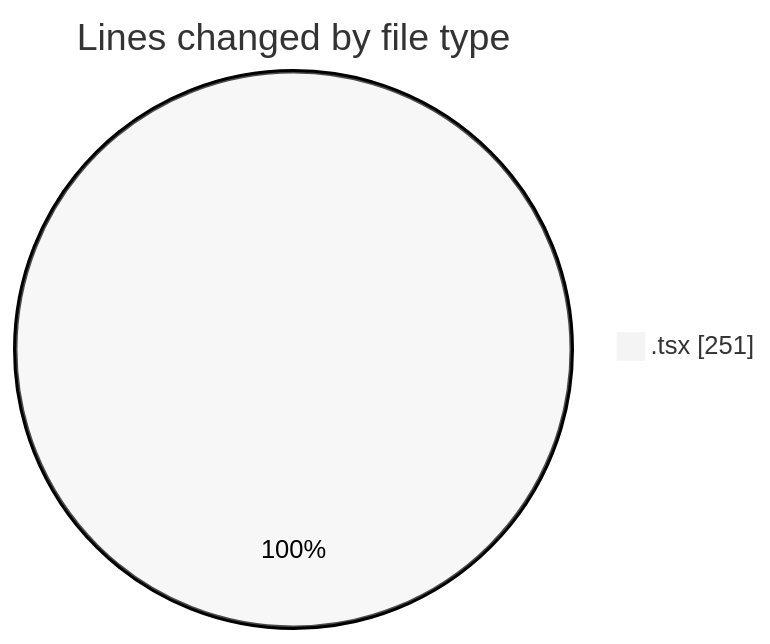
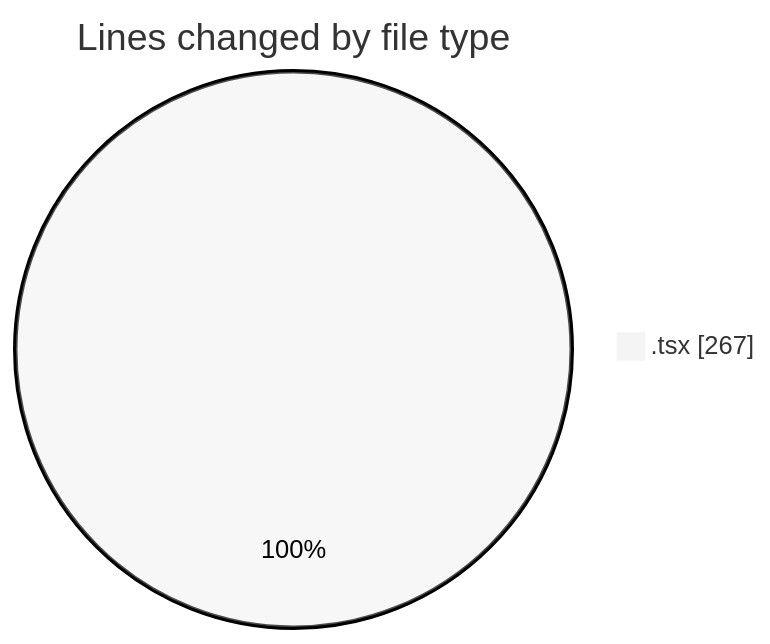
The first of 2 diagrams in 2025-06-12/cda/README.md (momahboobian/code-tracking), drawn with Mermaid (neutral theme) before and after one commit. The commit also changed other lines of this file and 1 other file, not shown here.

````diff
--- a/2025-06-12/cda/README.md
+++ b/2025-06-12/cda/README.md
@@ -20,5 +20,5 @@
 ```mermaid
 pie showData
 title Lines changed by file type
-".tsx" : 251
+".tsx" : 267
 ```
````
